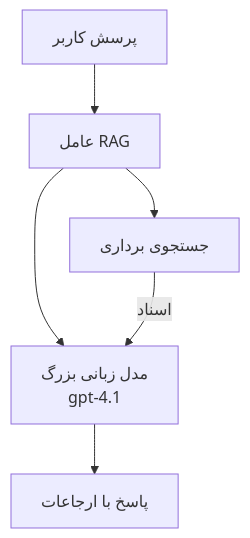
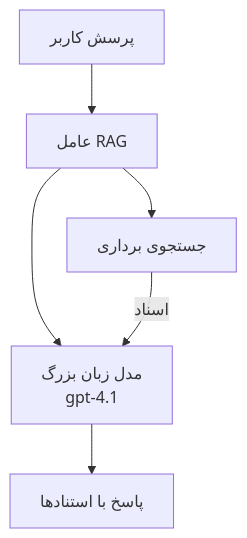
The second of 3 diagrams in translations/fa/docs/chapter-02-ai-development/agents.md (microsoft/AZD-for-beginners), drawn with Mermaid before and after one commit. The commit also changed other lines of this file and 104 other files, not shown here.

````diff
--- a/translations/fa/docs/chapter-02-ai-development/agents.md
+++ b/translations/fa/docs/chapter-02-ai-development/agents.md
@@ -175,8 +181,8 @@
 ```mermaid
 graph TD
     Query[پرسش کاربر] --> RAG[عامل RAG]
     RAG --> Vector[جستجوی برداری]
-    RAG --> LLM[مدل زبانی بزرگ<br/>gpt-4.1]
+    RAG --> LLM[مدل زبان بزرگ<br/>gpt-4.1]
     Vector -- اسناد --> LLM
-    LLM --> Response[پاسخ با ارجاعات]
+    LLM --> Response[پاسخ با استنادها]
 ```
````
